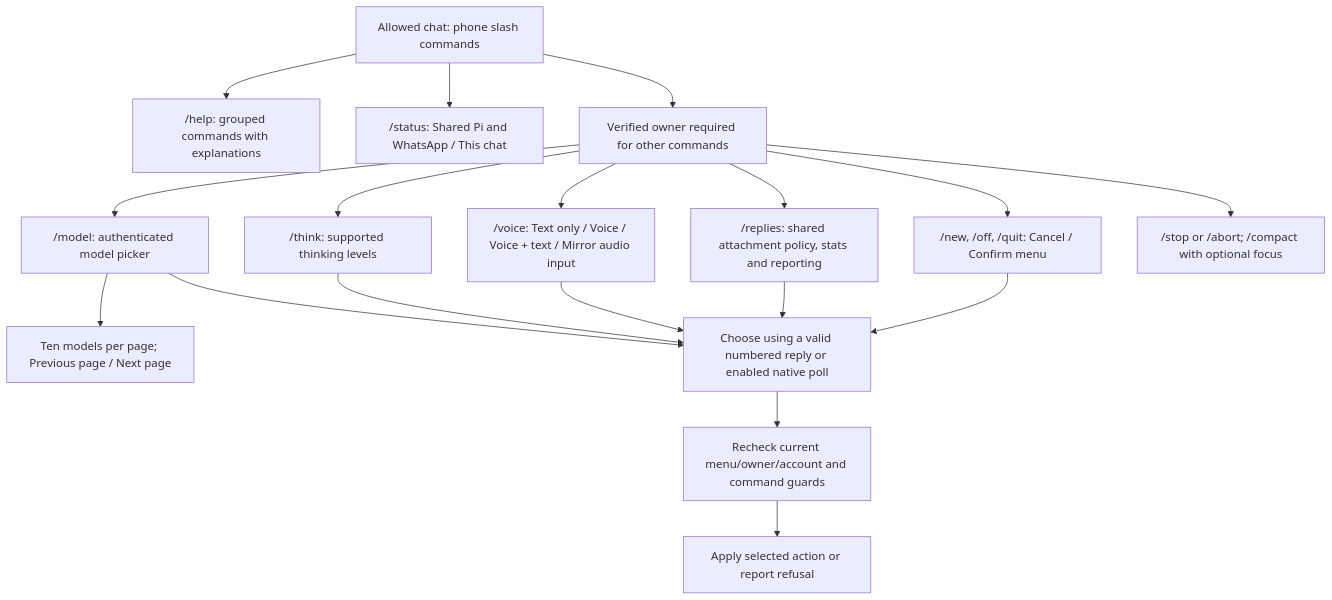
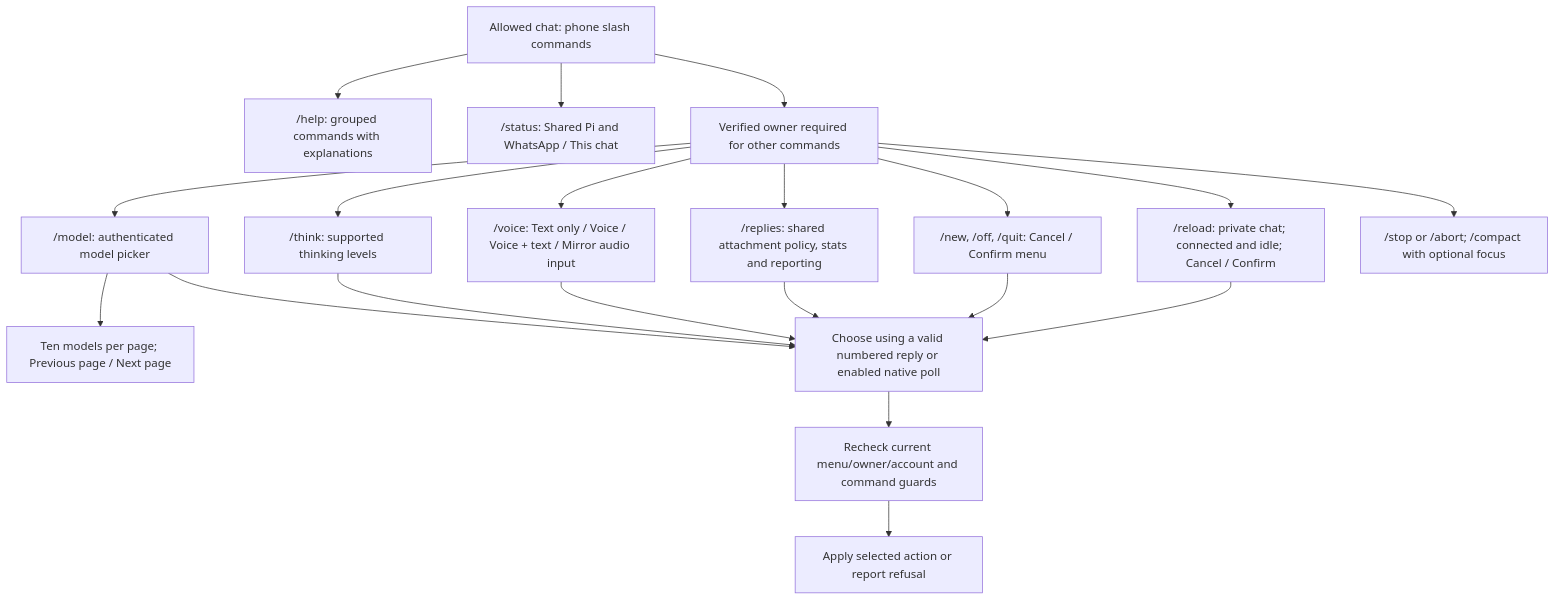
Diagram 11 of 11 in docs/menu-diagrams.md (jagaliano/whatsapp-ng), drawn with Mermaid before and after one commit. The commit also changed other lines of this file and 51 other files, not shown here.

````diff
--- a/docs/menu-diagrams.md
+++ b/docs/menu-diagrams.md
@@ -294,21 +319,23 @@
 ```mermaid
 flowchart TB
     Phone["Allowed chat: phone slash commands"]
     Phone --> Help["/help: grouped commands with explanations"]
     Phone --> Status["/status: Shared Pi and WhatsApp / This chat"]
     Phone --> Owner["Verified owner required for other commands"]
     Owner --> Models["/model: authenticated model picker"]
     Models --> Pages["Ten models per page; Previous page / Next page"]
     Owner --> Think["/think: supported thinking levels"]
     Owner --> Voice["/voice: Text only / Voice / Voice + text / Mirror audio input"]
     Owner --> Replies["/replies: shared attachment policy, stats and reporting"]
     Owner --> Confirm["/new, /off, /quit: Cancel / Confirm menu"]
+    Owner --> Reload["/reload: private chat; connected and idle; Cancel / Confirm"]
+    Reload --> Choice
     Owner --> Direct["/stop or /abort; /compact with optional focus"]
     Models --> Choice["Choose using a valid numbered reply or enabled native poll"]
     Think --> Choice
     Voice --> Choice
     Replies --> Choice
     Confirm --> Choice
     Choice --> Current["Recheck current menu/owner/account and command guards"]
     Current --> Apply["Apply selected action or report refusal"]
 ```
````
